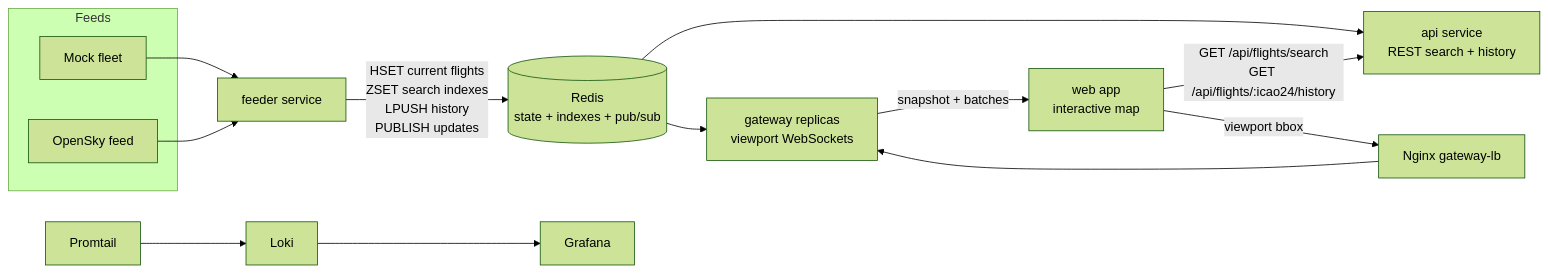
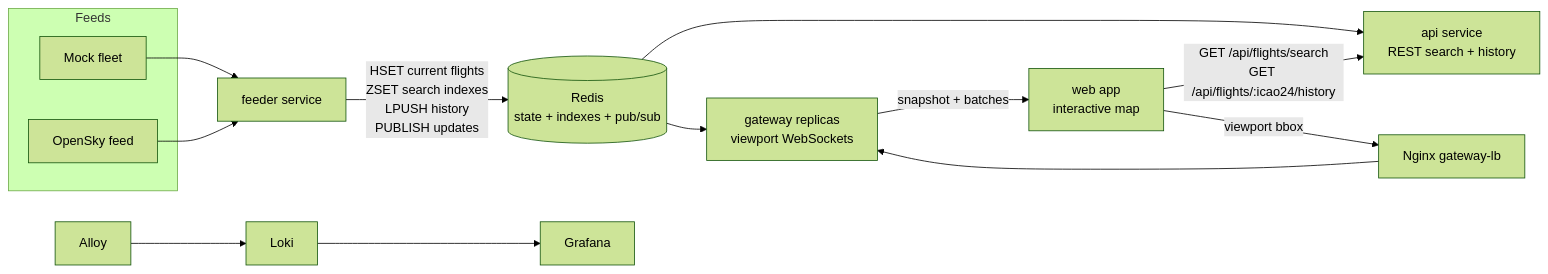
The diagram in README.md (alpercitak/contrail), drawn with Mermaid (forest theme) before and after one commit. The commit also changed other lines of this file and 6 other files, not shown here.

First line of the commit message:
build(observability): replace Promtail with Grafana Alloy

````diff
--- a/README.md
+++ b/README.md
@@ -24,29 +24,29 @@
 ```mermaid
 flowchart LR
   subgraph Feeds
     Mock["Mock fleet"]
     OpenSky["OpenSky feed"]
   end
 
   Feeder["feeder service"]
   Redis[("Redis\nstate + indexes + pub/sub")]
   API["api service\nREST search + history"]
   Gateway["gateway replicas\nviewport WebSockets"]
   LB["Nginx gateway-lb"]
   Web["web app\ninteractive map"]
   Grafana["Grafana"]
   Loki["Loki"]
-  Promtail["Promtail"]
+  Alloy["Alloy"]
 
   Mock --> Feeder
   OpenSky --> Feeder
   Feeder -->|"HSET current flights\nZSET search indexes\nLPUSH history\nPUBLISH updates"| Redis
   Redis --> API
   Redis --> Gateway
   Web -->|"GET /api/flights/search\nGET /api/flights/:icao24/history"| API
   Web -->|"viewport bbox"| LB
   LB --> Gateway
   Gateway -->|"snapshot + batches"| Web
-  Promtail --> Loki
+  Alloy --> Loki
   Loki --> Grafana
 ```
````
